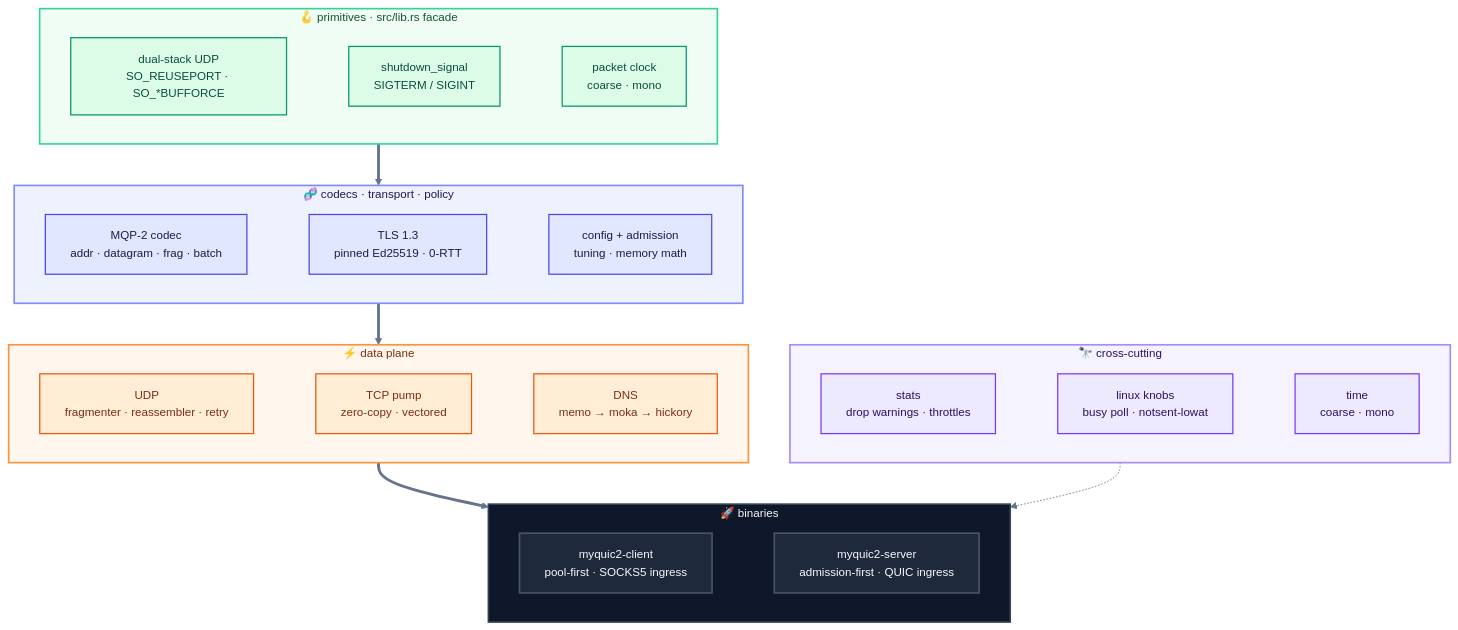
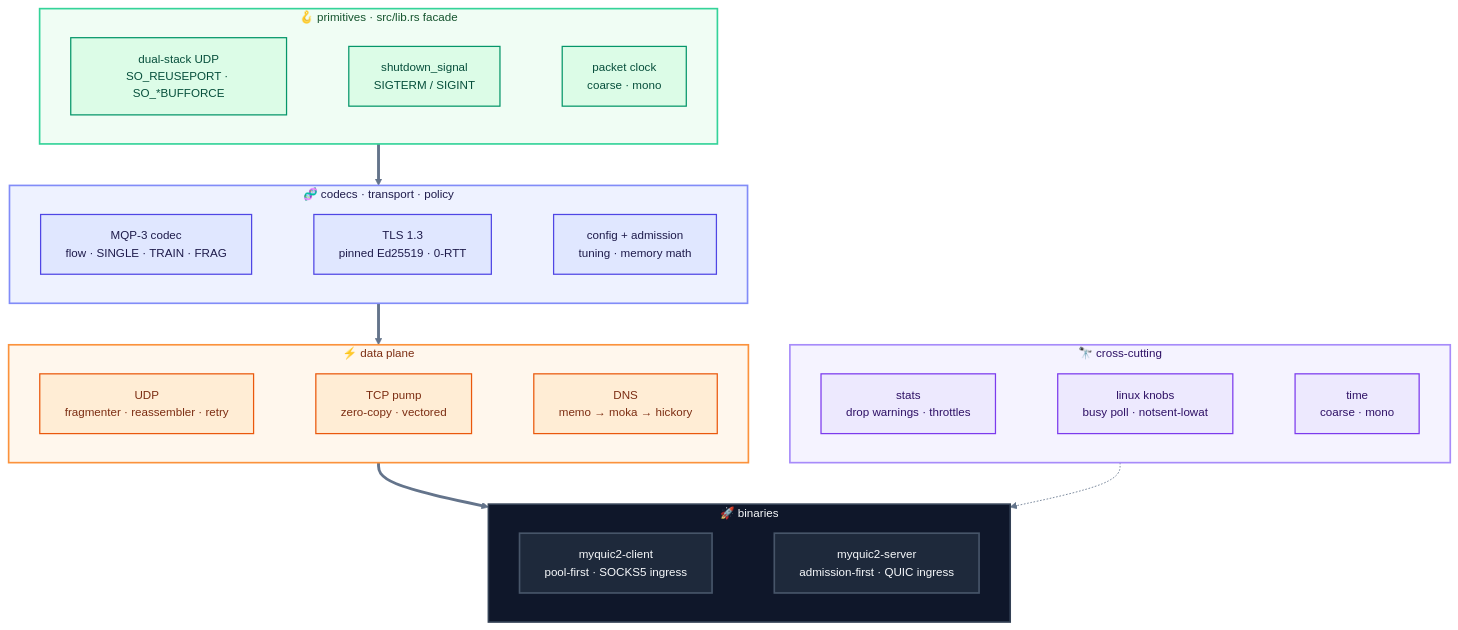
The eighth of 8 diagrams in README.md (Terutoki/MyQUIC2), drawn with Mermaid before and after one commit. The commit also changed other lines of this file and 16 other files, not shown here.

````diff
--- a/README.md
+++ b/README.md
@@ -405,55 +405,55 @@
 ```mermaid
 %%{init: {"theme":"base","themeVariables":{"fontSize":"14px","lineColor":"#64748b"}}}%%
 flowchart TB
     subgraph L1["🪝  primitives · src/lib.rs facade"]
         direction LR
         S1["dual-stack UDP<br/>SO_REUSEPORT · SO_*BUFFORCE"]
         S2["shutdown_signal<br/>SIGTERM / SIGINT"]
         S3["packet clock<br/>coarse · mono"]
         S1 ~~~ S2 ~~~ S3
     end
     subgraph L2["🧬  codecs · transport · policy"]
         direction LR
-        C1["MQP-2 codec<br/>addr · datagram · frag · batch"]
+        C1["MQP-3 codec<br/>flow · SINGLE · TRAIN · FRAG"]
         C2["TLS 1.3<br/>pinned Ed25519 · 0-RTT"]
         C3["config + admission<br/>tuning · memory math"]
         C1 ~~~ C2 ~~~ C3
     end
     subgraph L3["⚡  data plane"]
         direction LR
         D1["UDP<br/>fragmenter · reassembler · retry"]
         D2["TCP pump<br/>zero-copy · vectored"]
         D3["DNS<br/>memo → moka → hickory"]
         D1 ~~~ D2 ~~~ D3
     end
     subgraph L4["🔭  cross-cutting"]
         direction LR
         O1["stats<br/>drop warnings · throttles"]
         O2["linux knobs<br/>busy poll · notsent-lowat"]
         O3["time<br/>coarse · mono"]
         O1 ~~~ O2 ~~~ O3
     end
     subgraph BIN["🚀  binaries"]
         direction LR
         B1["myquic2-client<br/>pool-first · SOCKS5 ingress"]
         B2["myquic2-server<br/>admission-first · QUIC ingress"]
         B1 ~~~ B2
     end
     L1 ==> L2 ==> L3 ==> BIN
     L4 -.-> BIN
     style L1 fill:#f0fdf4,stroke:#34d399,stroke-width:2px,color:#14532d
     style L2 fill:#eef2ff,stroke:#818cf8,stroke-width:2px,color:#1e1b4b
     style L3 fill:#fff7ed,stroke:#fb923c,stroke-width:2px,color:#7c2d12
     style L4 fill:#f5f3ff,stroke:#a78bfa,stroke-width:2px,color:#2e1065
     style BIN fill:#0f172a,stroke:#334155,stroke-width:2px,color:#f8fafc
     classDef prim fill:#dcfce7,stroke:#059669,stroke-width:1.5px,color:#064e3b
     classDef codec fill:#e0e7ff,stroke:#4f46e5,stroke-width:1.5px,color:#1e1b4b
     classDef data fill:#ffedd5,stroke:#ea580c,stroke-width:1.5px,color:#7c2d12
     classDef cross fill:#ede9fe,stroke:#7c3aed,stroke-width:1.5px,color:#2e1065
     classDef bin fill:#1e293b,stroke:#475569,stroke-width:2px,color:#f8fafc
     class S1,S2,S3 prim
     class C1,C2,C3 codec
     class D1,D2,D3 data
     class O1,O2,O3 cross
     class B1,B2 bin
 ```
````
